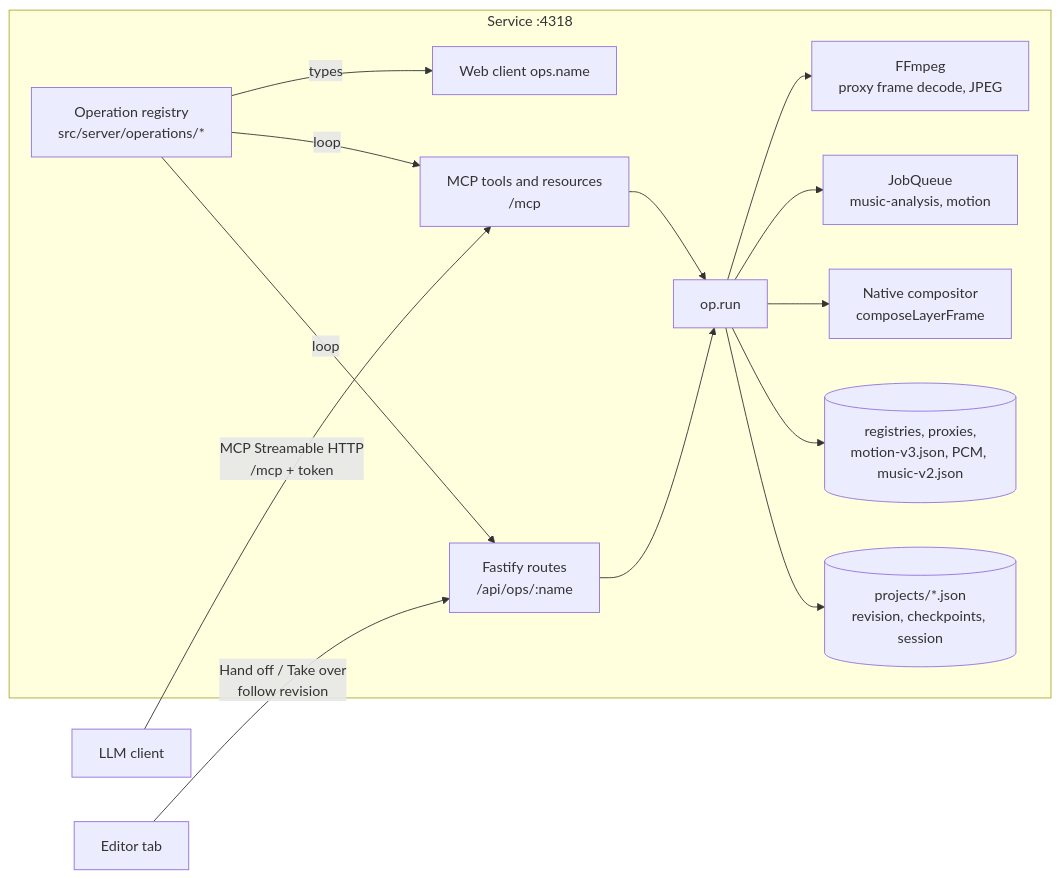
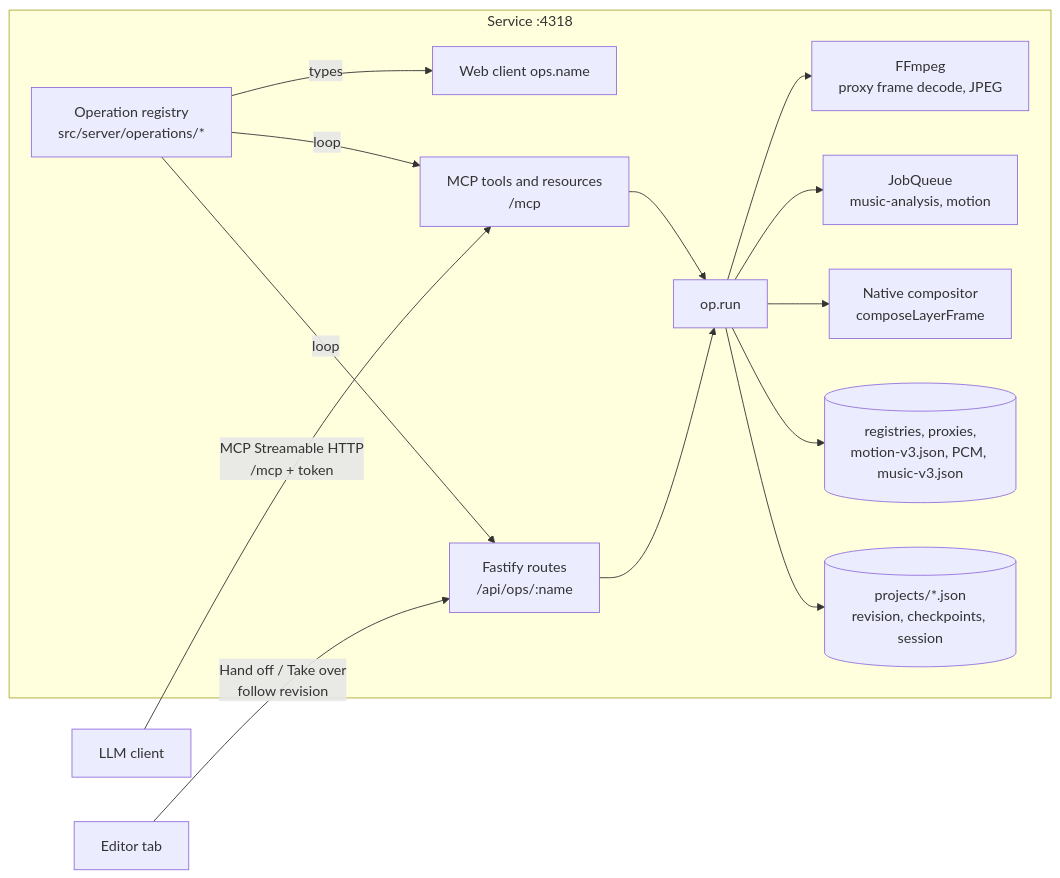
The diagram in docs/design/ASSISTANT_MCP.md (Plonk42/PasCap), drawn with Mermaid before and after one commit. The commit also changed other lines of this file and 10 other files, not shown here.

````diff
--- a/docs/design/ASSISTANT_MCP.md
+++ b/docs/design/ASSISTANT_MCP.md
@@ -79,18 +79,18 @@
 ```mermaid
 flowchart LR
   L[LLM client] -- MCP Streamable HTTP\n/mcp + token --> X
   subgraph Service :4318
     O[Operation registry\nsrc/server/operations/*]
     O -- loop --> H[Fastify routes\n/api/ops/:name]
     O -- loop --> X[MCP tools and resources\n/mcp]
     O -- types --> W[Web client ops.name]
     H --> K
     X --> K[op.run]
     K --> P[(projects/*.json\nrevision, checkpoints, session)]
-    K --> R[(registries, proxies,\nmotion-v3.json, PCM, music-v2.json)]
+    K --> R[(registries, proxies,\nmotion-v3.json, PCM, music-v3.json)]
     K --> C[Native compositor\ncomposeLayerFrame]
     K --> J[JobQueue\nmusic-analysis, motion]
     K --> F[FFmpeg\nproxy frame decode, JPEG]
   end
   E[Editor tab] -- Hand off / Take over\nfollow revision --> H
 ```
````
